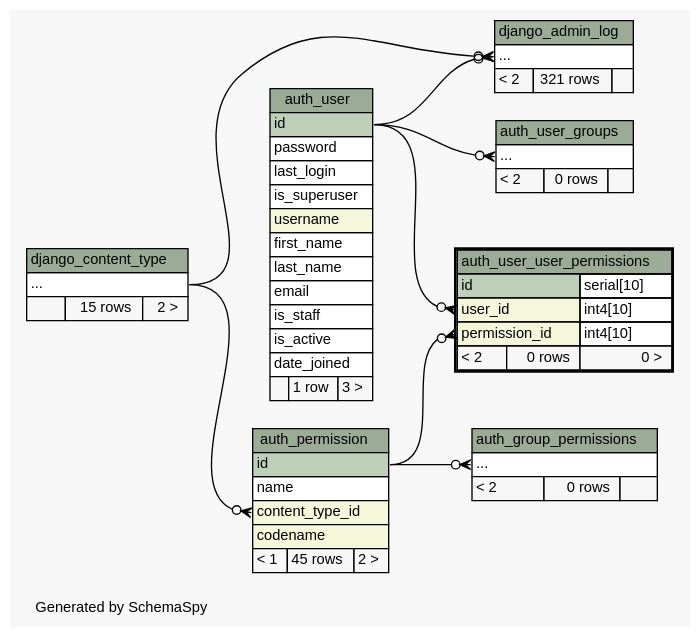
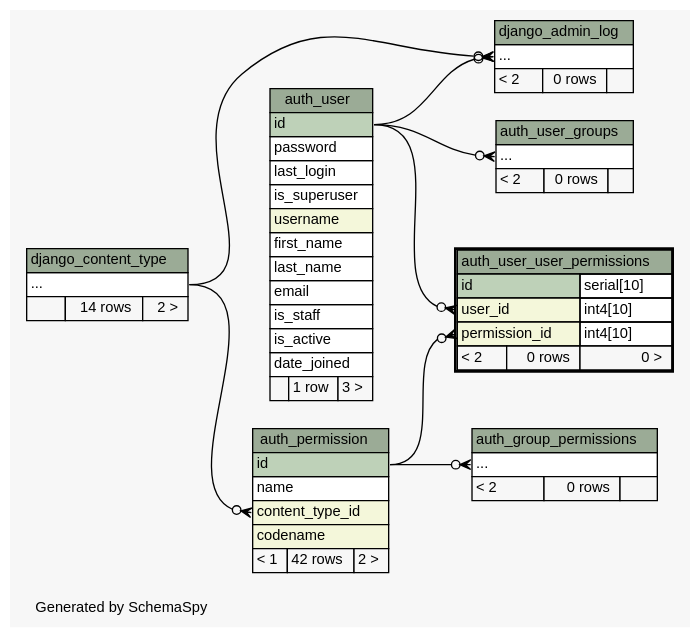
One commit to jingyayeah/multiscale-galactose changed the diagram in database/schema/diagrams/auth_user_user_permissions.2degrees.dot. Above: the diagram before and after it, drawn with Graphviz. The commit also changed 220 other files, not shown here.

Commit message:
Database schema updated & refactoring the Simulation Factories

```diff
--- a/database/schema/diagrams/auth_user_user_permissions.2degrees.dot
+++ b/database/schema/diagrams/auth_user_user_permissions.2degrees.dot
@@ -1,114 +1,114 @@
-// dot 2.26.3 on Linux 3.11.0-12-generic
+// dot 2.36.0 on Linux 3.13.0-43-generic
 // SchemaSpy rev 590
 digraph "twoDegreesRelationshipsDiagram" {
   graph [
     rankdir="RL"
     bgcolor="#f7f7f7"
     label="\nGenerated by SchemaSpy"
     labeljust="l"
     nodesep="0.18"
     ranksep="0.46"
     fontname="Helvetica"
     fontsize="11"
   ];
   node [
     fontname="Helvetica"
     fontsize="11"
     shape="plaintext"
   ];
   edge [
     arrowsize="0.8"
   ];
   "auth_group_permissions":"elipses":w -> "auth_permission":"id":e [arrowhead=none dir=back arrowtail=crowodot];
   "auth_permission":"content_type_id":w -> "django_content_type":"elipses":e [arrowhead=none dir=back arrowtail=crowodot];
   "auth_user_groups":"elipses":w -> "auth_user":"id":e [arrowhead=none dir=back arrowtail=crowodot];
   "auth_user_user_permissions":"permission_id":w -> "auth_permission":"id":e [arrowhead=none dir=back arrowtail=crowodot];
   "auth_user_user_permissions":"user_id":w -> "auth_user":"id":e [arrowhead=none dir=back arrowtail=crowodot];
   "django_admin_log":"elipses":w -> "django_content_type":"elipses":e [arrowhead=none dir=back arrowtail=crowodot];
   "django_admin_log":"elipses":w -> "auth_user":"id":e [arrowhead=none dir=back arrowtail=crowodot];
   "auth_group_permissions" [
     label=<
     <TABLE BORDER="0" CELLBORDER="1" CELLSPACING="0" BGCOLOR="#ffffff">
       <TR><TD COLSPAN="3" BGCOLOR="#9bab96" ALIGN="CENTER">auth_group_permissions</TD></TR>
       <TR><TD PORT="elipses" COLSPAN="3" ALIGN="LEFT">...</TD></TR>
       <TR><TD ALIGN="LEFT" BGCOLOR="#f7f7f7">&lt; 2</TD><TD ALIGN="RIGHT" BGCOLOR="#f7f7f7">0 rows</TD><TD ALIGN="RIGHT" BGCOLOR="#f7f7f7">  </TD></TR>
     </TABLE>>
     URL="auth_group_permissions.html"
     tooltip="auth_group_permissions"
   ];
   "auth_permission" [
     label=<
     <TABLE BORDER="0" CELLBORDER="1" CELLSPACING="0" BGCOLOR="#ffffff">
       <TR><TD COLSPAN="3" BGCOLOR="#9bab96" ALIGN="CENTER">auth_permission</TD></TR>
       <TR><TD PORT="id" COLSPAN="3" BGCOLOR="#bed1b8" ALIGN="LEFT">id</TD></TR>
       <TR><TD PORT="name" COLSPAN="3" ALIGN="LEFT">name</TD></TR>
       <TR><TD PORT="content_type_id" COLSPAN="3" BGCOLOR="#f4f7da" ALIGN="LEFT">content_type_id</TD></TR>
       <TR><TD PORT="codename" COLSPAN="3" BGCOLOR="#f4f7da" ALIGN="LEFT">codename</TD></TR>
-      <TR><TD ALIGN="LEFT" BGCOLOR="#f7f7f7">&lt; 1</TD><TD ALIGN="RIGHT" BGCOLOR="#f7f7f7">45 rows</TD><TD ALIGN="RIGHT" BGCOLOR="#f7f7f7">2 &gt;</TD></TR>
+      <TR><TD ALIGN="LEFT" BGCOLOR="#f7f7f7">&lt; 1</TD><TD ALIGN="RIGHT" BGCOLOR="#f7f7f7">42 rows</TD><TD ALIGN="RIGHT" BGCOLOR="#f7f7f7">2 &gt;</TD></TR>
     </TABLE>>
     URL="auth_permission.html"
     tooltip="auth_permission"
   ];
   "auth_user" [
     label=<
     <TABLE BORDER="0" CELLBORDER="1" CELLSPACING="0" BGCOLOR="#ffffff">
       <TR><TD COLSPAN="3" BGCOLOR="#9bab96" ALIGN="CENTER">auth_user</TD></TR>
       <TR><TD PORT="id" COLSPAN="3" BGCOLOR="#bed1b8" ALIGN="LEFT">id</TD></TR>
       <TR><TD PORT="password" COLSPAN="3" ALIGN="LEFT">password</TD></TR>
       <TR><TD PORT="last_login" COLSPAN="3" ALIGN="LEFT">last_login</TD></TR>
       <TR><TD PORT="is_superuser" COLSPAN="3" ALIGN="LEFT">is_superuser</TD></TR>
       <TR><TD PORT="username" COLSPAN="3" BGCOLOR="#f4f7da" ALIGN="LEFT">username</TD></TR>
       <TR><TD PORT="first_name" COLSPAN="3" ALIGN="LEFT">first_name</TD></TR>
       <TR><TD PORT="last_name" COLSPAN="3" ALIGN="LEFT">last_name</TD></TR>
       <TR><TD PORT="email" COLSPAN="3" ALIGN="LEFT">email</TD></TR>
       <TR><TD PORT="is_staff" COLSPAN="3" ALIGN="LEFT">is_staff</TD></TR>
       <TR><TD PORT="is_active" COLSPAN="3" ALIGN="LEFT">is_active</TD></TR>
       <TR><TD PORT="date_joined" COLSPAN="3" ALIGN="LEFT">date_joined</TD></TR>
       <TR><TD ALIGN="LEFT" BGCOLOR="#f7f7f7">  </TD><TD ALIGN="RIGHT" BGCOLOR="#f7f7f7">1 row</TD><TD ALIGN="RIGHT" BGCOLOR="#f7f7f7">3 &gt;</TD></TR>
     </TABLE>>
     URL="auth_user.html"
     tooltip="auth_user"
   ];
   "auth_user_groups" [
     label=<
     <TABLE BORDER="0" CELLBORDER="1" CELLSPACING="0" BGCOLOR="#ffffff">
       <TR><TD COLSPAN="3" BGCOLOR="#9bab96" ALIGN="CENTER">auth_user_groups</TD></TR>
       <TR><TD PORT="elipses" COLSPAN="3" ALIGN="LEFT">...</TD></TR>
       <TR><TD ALIGN="LEFT" BGCOLOR="#f7f7f7">&lt; 2</TD><TD ALIGN="RIGHT" BGCOLOR="#f7f7f7">0 rows</TD><TD ALIGN="RIGHT" BGCOLOR="#f7f7f7">  </TD></TR>
     </TABLE>>
     URL="auth_user_groups.html"
     tooltip="auth_user_groups"
   ];
   "auth_user_user_permissions" [
     label=<
     <TABLE BORDER="2" CELLBORDER="1" CELLSPACING="0" BGCOLOR="#ffffff">
       <TR><TD COLSPAN="3" BGCOLOR="#9bab96" ALIGN="CENTER">auth_user_user_permissions</TD></TR>
       <TR><TD PORT="id" COLSPAN="2" BGCOLOR="#bed1b8" ALIGN="LEFT">id</TD><TD PORT="id.type" ALIGN="LEFT">serial[10]</TD></TR>
       <TR><TD PORT="user_id" COLSPAN="2" BGCOLOR="#f4f7da" ALIGN="LEFT">user_id</TD><TD PORT="user_id.type" ALIGN="LEFT">int4[10]</TD></TR>
       <TR><TD PORT="permission_id" COLSPAN="2" BGCOLOR="#f4f7da" ALIGN="LEFT">permission_id</TD><TD PORT="permission_id.type" ALIGN="LEFT">int4[10]</TD></TR>
       <TR><TD ALIGN="LEFT" BGCOLOR="#f7f7f7">&lt; 2</TD><TD ALIGN="RIGHT" BGCOLOR="#f7f7f7">0 rows</TD><TD ALIGN="RIGHT" BGCOLOR="#f7f7f7">0 &gt;</TD></TR>
     </TABLE>>
     URL="auth_user_user_permissions.html"
     tooltip="auth_user_user_permissions"
   ];
   "django_admin_log" [
     label=<
     <TABLE BORDER="0" CELLBORDER="1" CELLSPACING="0" BGCOLOR="#ffffff">
       <TR><TD COLSPAN="3" BGCOLOR="#9bab96" ALIGN="CENTER">django_admin_log</TD></TR>
       <TR><TD PORT="elipses" COLSPAN="3" ALIGN="LEFT">...</TD></TR>
-      <TR><TD ALIGN="LEFT" BGCOLOR="#f7f7f7">&lt; 2</TD><TD ALIGN="RIGHT" BGCOLOR="#f7f7f7">321 rows</TD><TD ALIGN="RIGHT" BGCOLOR="#f7f7f7">  </TD></TR>
+      <TR><TD ALIGN="LEFT" BGCOLOR="#f7f7f7">&lt; 2</TD><TD ALIGN="RIGHT" BGCOLOR="#f7f7f7">0 rows</TD><TD ALIGN="RIGHT" BGCOLOR="#f7f7f7">  </TD></TR>
     </TABLE>>
     URL="django_admin_log.html"
     tooltip="django_admin_log"
   ];
   "django_content_type" [
     label=<
     <TABLE BORDER="0" CELLBORDER="1" CELLSPACING="0" BGCOLOR="#ffffff">
       <TR><TD COLSPAN="3" BGCOLOR="#9bab96" ALIGN="CENTER">django_content_type</TD></TR>
       <TR><TD PORT="elipses" COLSPAN="3" ALIGN="LEFT">...</TD></TR>
-      <TR><TD ALIGN="LEFT" BGCOLOR="#f7f7f7">  </TD><TD ALIGN="RIGHT" BGCOLOR="#f7f7f7">15 rows</TD><TD ALIGN="RIGHT" BGCOLOR="#f7f7f7">2 &gt;</TD></TR>
+      <TR><TD ALIGN="LEFT" BGCOLOR="#f7f7f7">  </TD><TD ALIGN="RIGHT" BGCOLOR="#f7f7f7">14 rows</TD><TD ALIGN="RIGHT" BGCOLOR="#f7f7f7">2 &gt;</TD></TR>
     </TABLE>>
     URL="django_content_type.html"
     tooltip="django_content_type"
   ];
 }
```
